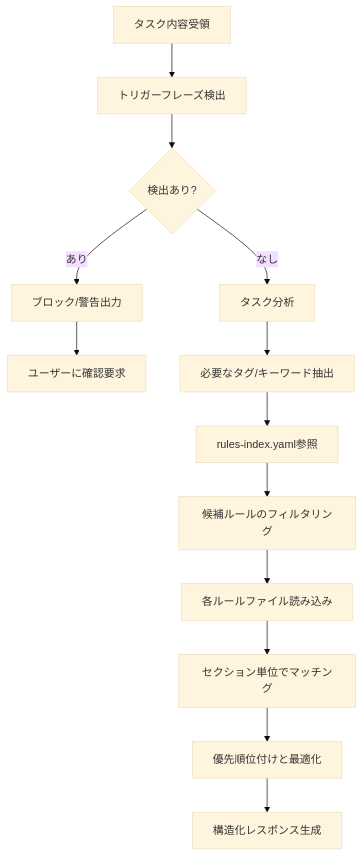
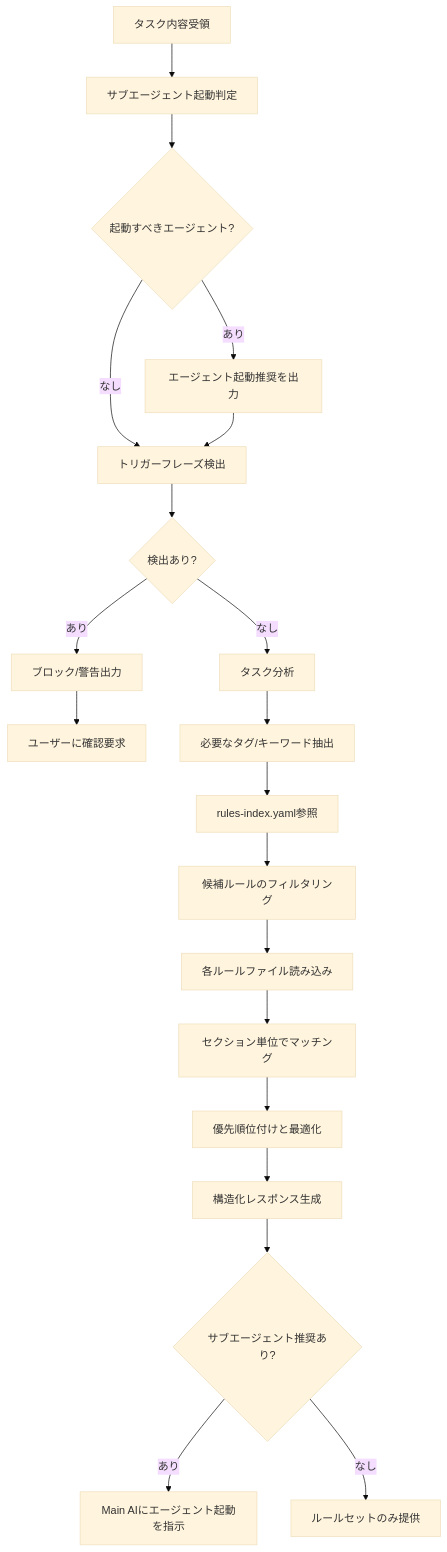
The diagram in .claude/agents/rule-advisor.md (EarthLinkNetwork/ai-quality-guardian), drawn with Mermaid (base theme) before and after one commit. The commit also changed other lines of this file, not shown here.

````diff
--- a/.claude/agents/rule-advisor.md
+++ b/.claude/agents/rule-advisor.md
@@ -158,15 +357,22 @@
 ```mermaid
 graph TD
-    A[タスク内容受領] --> B[トリガーフレーズ検出]
+    A[タスク内容受領] --> A1[サブエージェント起動判定]
+    A1 --> A2{起動すべきエージェント?}
+    A2 -->|あり| A3[エージェント起動推奨を出力]
+    A2 -->|なし| B[トリガーフレーズ検出]
+    A3 --> B
     B --> C{検出あり?}
     C -->|あり| D[ブロック/警告出力]
     D --> E[ユーザーに確認要求]
     C -->|なし| F[タスク分析]
     F --> G[必要なタグ/キーワード抽出]
     G --> H[rules-index.yaml参照]
     H --> I[候補ルールのフィルタリング]
     I --> J[各ルールファイル読み込み]
     J --> K[セクション単位でマッチング]
     K --> L[優先順位付けと最適化]
     L --> M[構造化レスポンス生成]
+    M --> M1{サブエージェント推奨あり?}
+    M1 -->|あり| M2[Main AIにエージェント起動を指示]
+    M1 -->|なし| M3[ルールセットのみ提供]
 ```
````
